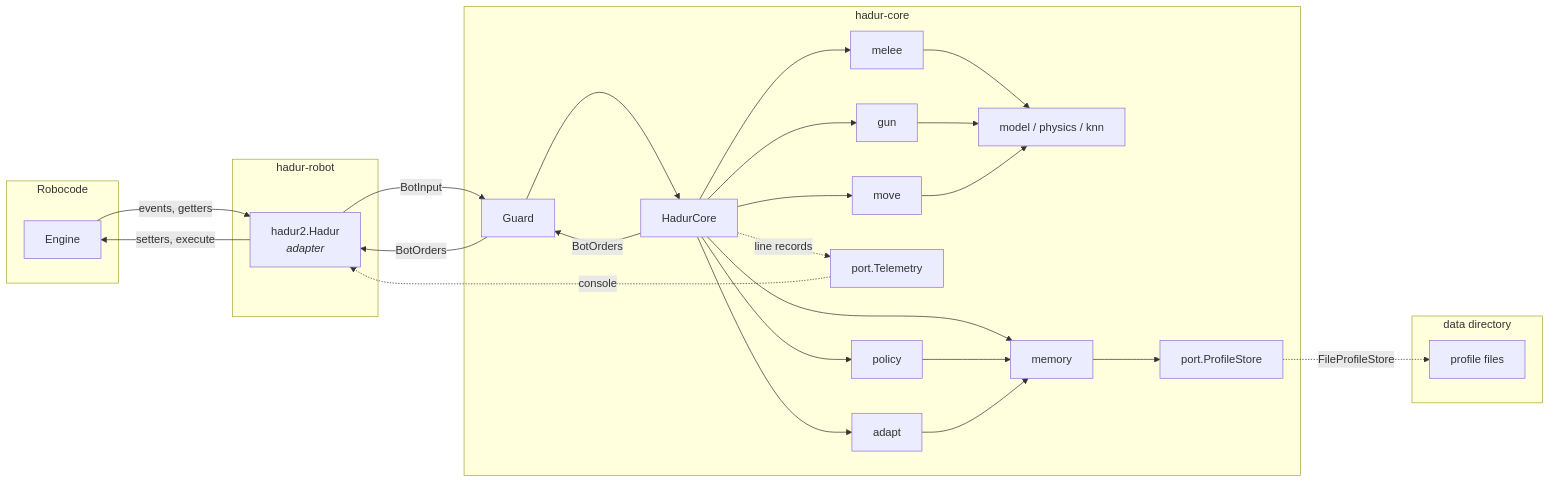
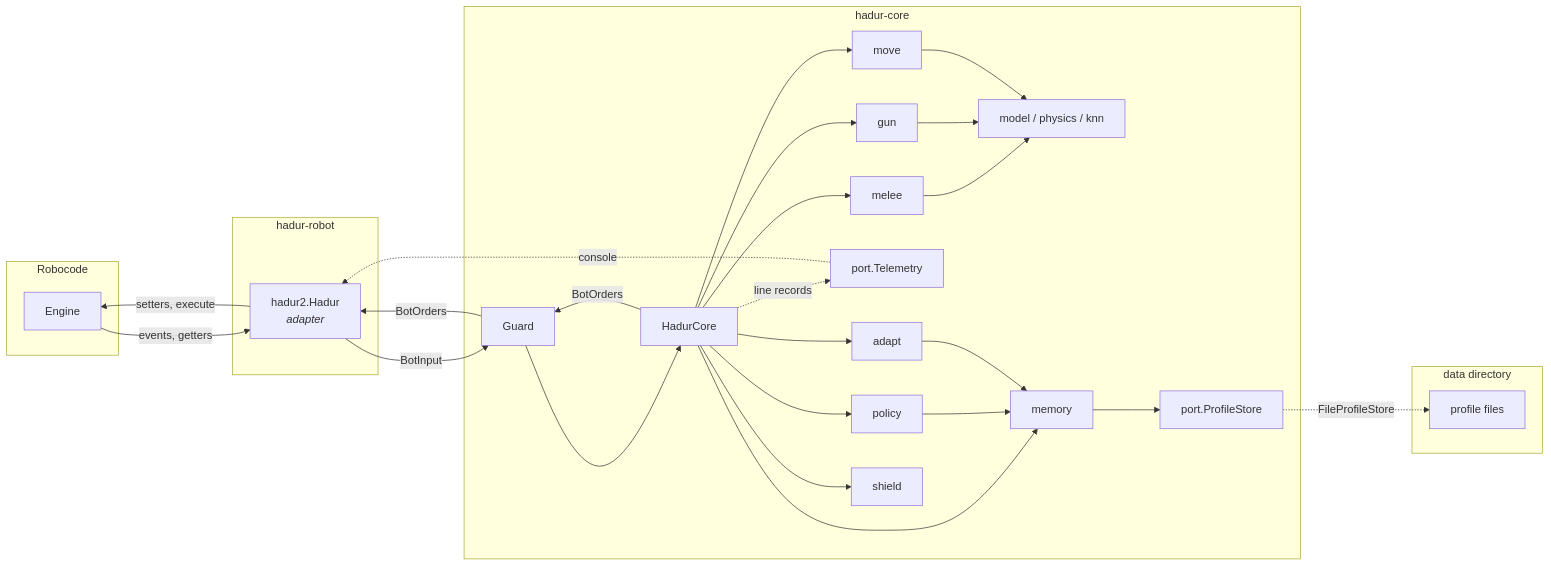
The diagram in docs/architecture.md (lgriffin/Hadur_Robot), drawn with Mermaid before and after one commit. The commit also changed other lines of this file and 13 other files, not shown here.

````diff
--- a/docs/architecture.md
+++ b/docs/architecture.md
@@ -7,44 +7,46 @@
 ```mermaid
 graph LR
     subgraph Robocode
         E[Engine]
     end
     subgraph hadur-robot
         A[hadur2.Hadur<br><i>adapter</i>]
     end
     subgraph hadur-core
         G[Guard]
         C[HadurCore]
         GC[gun]
         MC[move]
         ML[melee]
         M[model / physics / knn]
         T[port.Telemetry]
         MEM[memory]
         AD[adapt]
         PO[policy]
+        SH[shield]
         PS[port.ProfileStore]
     end
     subgraph data directory
         F[profile files]
     end
     E -- events, getters --> A
     A -- BotInput --> G
     G --> C
     C --> GC & MC
     C --> ML
     ML --> M
     GC & MC --> M
     C -- BotOrders --> G
     G -- BotOrders --> A
     A -- setters, execute --> E
     C -. line records .-> T
     T -. console .-> A
     C --> MEM
     C --> AD
     C --> PO
+    C --> SH
     PO --> MEM
     AD --> MEM
     MEM --> PS
     PS -. FileProfileStore .-> F
 ```
````
